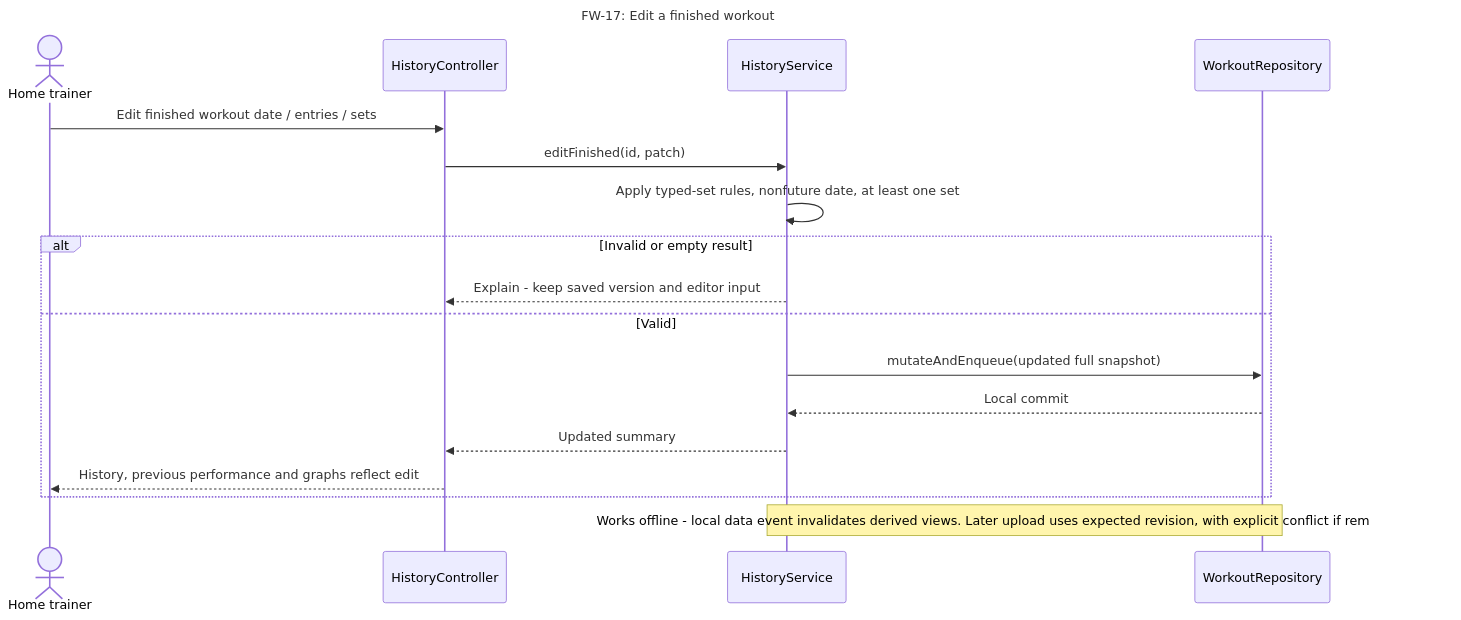
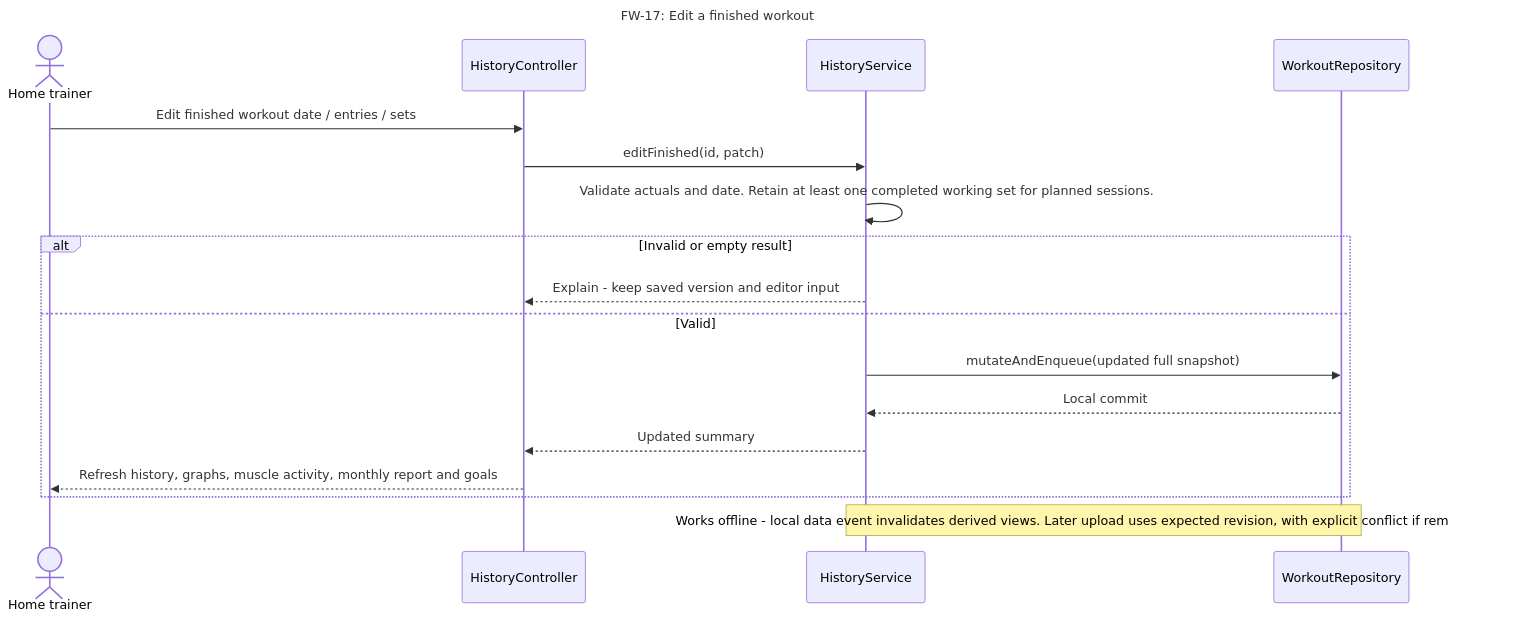
Diagram 29 of 50 in docs/part2/design/README.md (SebasLopez2005/SWEProject1), drawn with Mermaid before and after one commit. The commit also changed other lines of this file and 47 other files, not shown here.

First line of the commit message:
Commit the planned-training design baseline used as One Shot 1 input

````diff
--- a/docs/part2/design/README.md
+++ b/docs/part2/design/README.md
@@ -1448,20 +1772,20 @@
 ```mermaid
 sequenceDiagram
     title FW-17: Edit a finished workout
     actor U as Home trainer
     participant C as HistoryController
     participant S as HistoryService
     participant R as WorkoutRepository
     U->>C: Edit finished workout date / entries / sets
     C->>S: editFinished(id, patch)
-    S->>S: Apply typed-set rules, nonfuture date, at least one set
+    S->>S: Validate actuals and date. Retain at least one completed working set for planned sessions.
     alt Invalid or empty result
      S-->>C: Explain -  keep saved version and editor input
     else Valid
      S->>R: mutateAndEnqueue(updated full snapshot)
      R-->>S: Local commit
      S-->>C: Updated summary
-     C-->>U: History, previous performance and graphs reflect edit
+     C-->>U: Refresh history, graphs, muscle activity, monthly report and goals
     end
     Note over S,R: Works offline -  local data event invalidates derived views. Later upload uses expected revision, with explicit conflict if remote changed.
 ```
````
